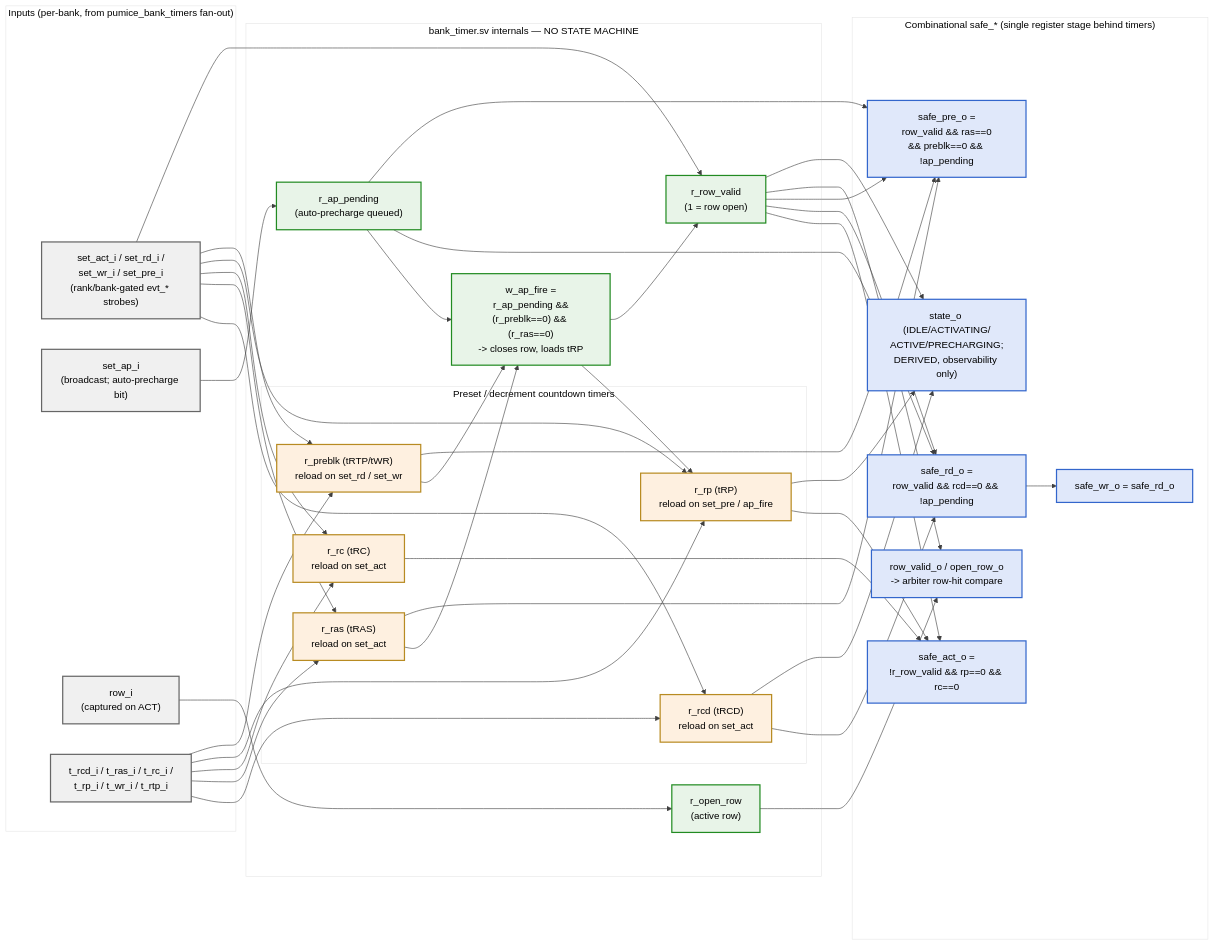
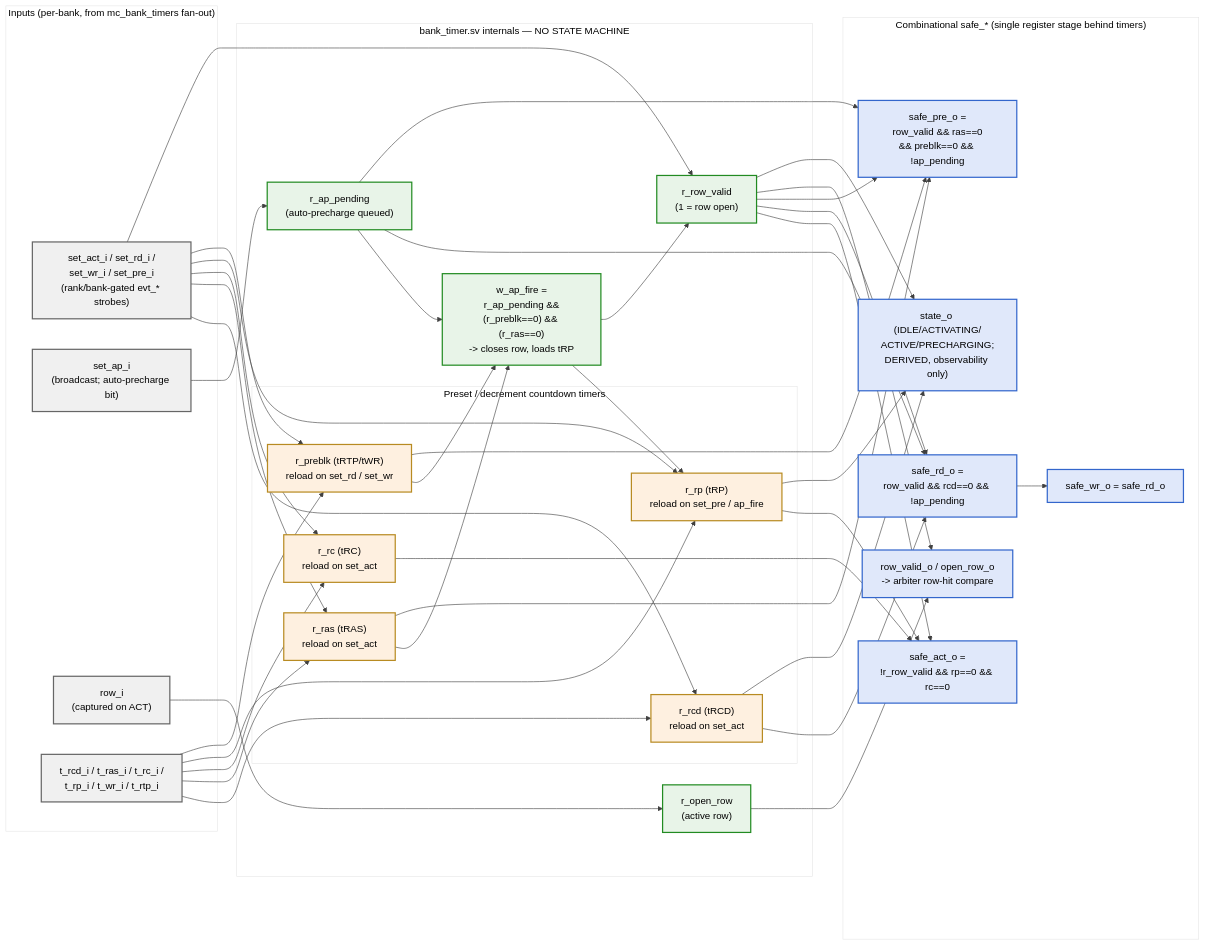
Before and after one commit to sean-galloway/RTLDesignSherpa: the diagram in projects/components/mem-ctrl-ip/research-ip/pumice-ddr2-lpddr2/docs/pumice_mas/assets/mermaid/07_bank_machine_internals.mmd, drawn with Mermaid. The commit also changed 100 other files, not shown here.

```diff
--- a/projects/components/mem-ctrl-ip/research-ip/pumice-ddr2-lpddr2/docs/pumice_mas/assets/mermaid/07_bank_machine_internals.mmd
+++ b/projects/components/mem-ctrl-ip/research-ip/pumice-ddr2-lpddr2/docs/pumice_mas/assets/mermaid/07_bank_machine_internals.mmd
@@ -1,78 +1,78 @@
 %%{init: {'theme': 'base', 'themeVariables': { 'primaryColor': '#e8f4e8', 'primaryTextColor': '#000', 'primaryBorderColor': '#228B22', 'lineColor': '#404040', 'secondaryColor': '#f0f0f0', 'tertiaryColor': '#fff'}}}%%
 flowchart LR
-    subgraph IN["Inputs (per-bank, from pumice_bank_timers fan-out)"]
+    subgraph IN["Inputs (per-bank, from mc_bank_timers fan-out)"]
         sets["set_act_i / set_rd_i /<br/>set_wr_i / set_pre_i<br/>(rank/bank-gated evt_* strobes)"]
         setap["set_ap_i<br/>(broadcast; auto-precharge bit)"]
         rowi["row_i<br/>(captured on ACT)"]
         cfg["t_rcd_i / t_ras_i / t_rc_i /<br/>t_rp_i / t_wr_i / t_rtp_i"]
     end
 
     subgraph CORE["bank_timer.sv internals — NO STATE MACHINE"]
         subgraph TIMERS["Preset / decrement countdown timers"]
             rcd["r_rcd (tRCD)<br/>reload on set_act"]
             ras["r_ras (tRAS)<br/>reload on set_act"]
             rc["r_rc (tRC)<br/>reload on set_act"]
             rp["r_rp (tRP)<br/>reload on set_pre / ap_fire"]
             preblk["r_preblk (tRTP/tWR)<br/>reload on set_rd / set_wr"]
         end
         row_valid["r_row_valid<br/>(1 = row open)"]
         open_row["r_open_row<br/>(active row)"]
         ap_pend["r_ap_pending<br/>(auto-precharge queued)"]
         apfire["w_ap_fire =<br/>r_ap_pending &&<br/>(r_preblk==0) && (r_ras==0)<br/>-> closes row, loads tRP"]
     end
 
     subgraph OUT["Combinational safe_* (single register stage behind timers)"]
         safe_act["safe_act_o =<br/>!r_row_valid && rp==0 && rc==0"]
         safe_rd["safe_rd_o =<br/>row_valid && rcd==0 && !ap_pending"]
         safe_wr["safe_wr_o = safe_rd_o"]
         safe_pre["safe_pre_o =<br/>row_valid && ras==0<br/>&& preblk==0 && !ap_pending"]
         row_out["row_valid_o / open_row_o<br/>-> arbiter row-hit compare"]
         state_out["state_o (IDLE/ACTIVATING/<br/>ACTIVE/PRECHARGING;<br/>DERIVED, observability only)"]
     end
 
     sets --> rcd
     sets --> ras
     sets --> rc
     sets --> rp
     sets --> preblk
     sets --> row_valid
     rowi --> open_row
     setap --> ap_pend
     cfg --> rcd
     cfg --> ras
     cfg --> rc
     cfg --> rp
     cfg --> preblk
 
     ap_pend --> apfire
     preblk --> apfire
     ras --> apfire
     apfire --> row_valid
     apfire --> rp
 
     row_valid --> safe_act
     rp --> safe_act
     rc --> safe_act
     row_valid --> safe_rd
     rcd --> safe_rd
     ap_pend --> safe_rd
     safe_rd --> safe_wr
     row_valid --> safe_pre
     ras --> safe_pre
     preblk --> safe_pre
     ap_pend --> safe_pre
     row_valid --> row_out
     open_row --> row_out
     row_valid --> state_out
     rcd --> state_out
     rp --> state_out
 
     classDef inblock fill:#f0f0f0,stroke:#666666,stroke-width:2px
     classDef tmr fill:#fef0e0,stroke:#B88B22,stroke-width:2px
     classDef reg fill:#e8f4e8,stroke:#228B22,stroke-width:2px
     classDef outblock fill:#e0e8fa,stroke:#3366CC,stroke-width:2px
 
     class sets,setap,rowi,cfg inblock
     class rcd,ras,rc,rp,preblk tmr
     class row_valid,open_row,ap_pend,apfire reg
     class safe_act,safe_rd,safe_wr,safe_pre,row_out,state_out outblock
```
